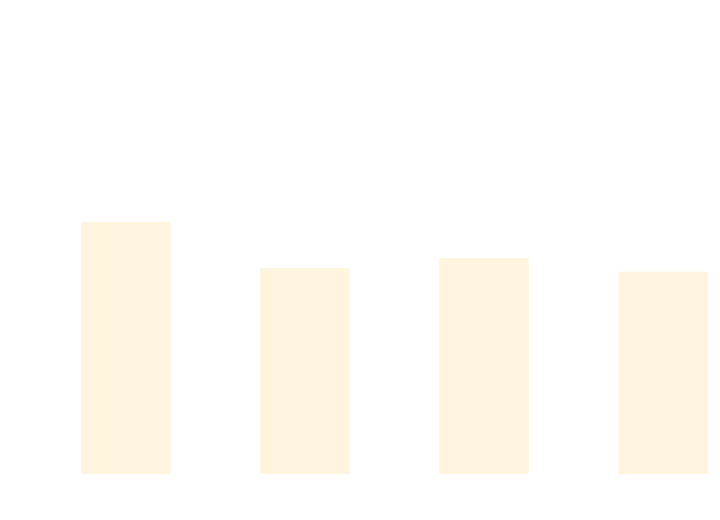
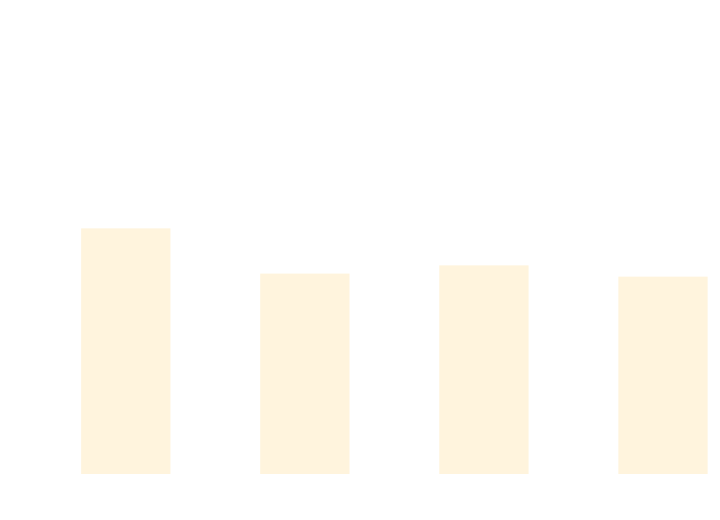
The diagram in docs/docs/benchmarks/BuildTime.md (thomhurst/TUnit), drawn with Mermaid before and after one commit. The commit also changed other lines of this file and 17 other files, not shown here.

````diff
--- a/docs/docs/benchmarks/BuildTime.md
+++ b/docs/docs/benchmarks/BuildTime.md
@@ -28,37 +28,37 @@
 ```mermaid
 %%{init: {
   'theme':'base',
   'themeVariables': {
     'primaryColor': '#2563eb',
     'primaryTextColor': '#ffffff',
     'primaryBorderColor': '#1e40af',
     'lineColor': '#6b7280',
     'secondaryColor': '#7c3aed',
     'tertiaryColor': '#dc2626',
     'background': '#ffffff',
     'mainBkg': '#2563eb',
     'secondBkg': '#7c3aed',
     'tertiaryBkg': '#dc2626',
     'clusterBkg': '#f3f4f6',
     'edgeLabelBackground': '#ffffff',
     'tertiaryTextColor': '#1f2937',
     'pie1': '#2563eb',
     'pie2': '#7c3aed',
     'pie3': '#dc2626',
     'pie4': '#f59e0b',
     'pie5': '#10b981',
     'pie6': '#06b6d4',
     'pie7': '#ec4899',
     'pie8': '#6366f1',
     'pie9': '#84cc16',
     'pie10': '#f97316',
     'pie11': '#14b8a6',
     'pie12': '#a855f7'
   }
 }}%%
 xychart-beta
   title "Build Time Comparison"
   x-axis ["Build_TUnit", "Build_NUnit", "Build_MSTest", "Build_xUnit3"]
   y-axis "Time (s)" 0 --> 3
-  bar [1.828, 1.479, 1.556, 1.453]
+  bar [1.78, 1.439, 1.501, 1.416]
 ```
````
